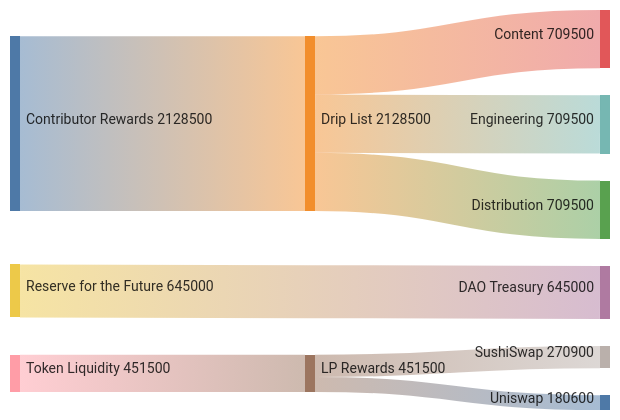
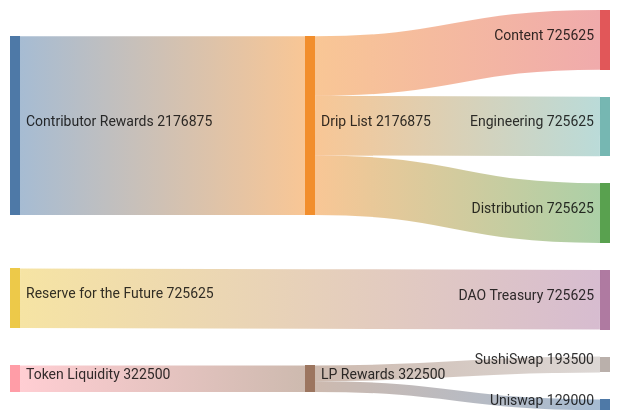
One commit to elimu-ai/web3-wiki changed the fourth of 4 diagrams in TOKENOMICS.md. Above: the diagram before and after it, drawn with Mermaid. The commit also changed other lines of this file, not shown here.

Commit message:
Update TOKENOMICS.md
https://snapshot.box/#/s:elimu.eth/proposal/0x8b3c1ee909e90c8375a3828c077b88dc589e5b911ea2b1535bf2df7a7e4f7fb0

````diff
--- a/TOKENOMICS.md
+++ b/TOKENOMICS.md
@@ -80,13 +80,13 @@
 ```mermaid
 sankey-beta
 
 %% source,target,value
-Contributor Rewards,Drip List,2128500
-Drip List,Content,709500
-Drip List,Engineering,709500
-Drip List,Distribution,709500
-Reserve for the Future,DAO Treasury,645000
-Token Liquidity,LP Rewards,451500
-LP Rewards,SushiSwap,270900
-LP Rewards,Uniswap,180600
+Contributor Rewards,Drip List,2176875
+Drip List,Content,725625
+Drip List,Engineering,725625
+Drip List,Distribution,725625
+Reserve for the Future,DAO Treasury,725625
+Token Liquidity,LP Rewards,322500
+LP Rewards,SushiSwap,193500
+LP Rewards,Uniswap,129000
 ```
````
